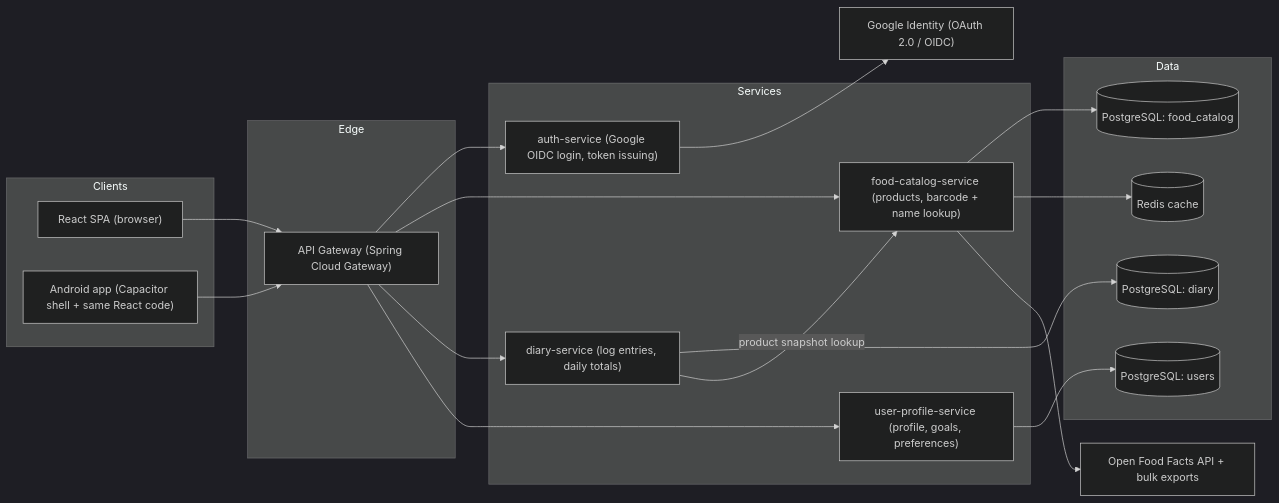
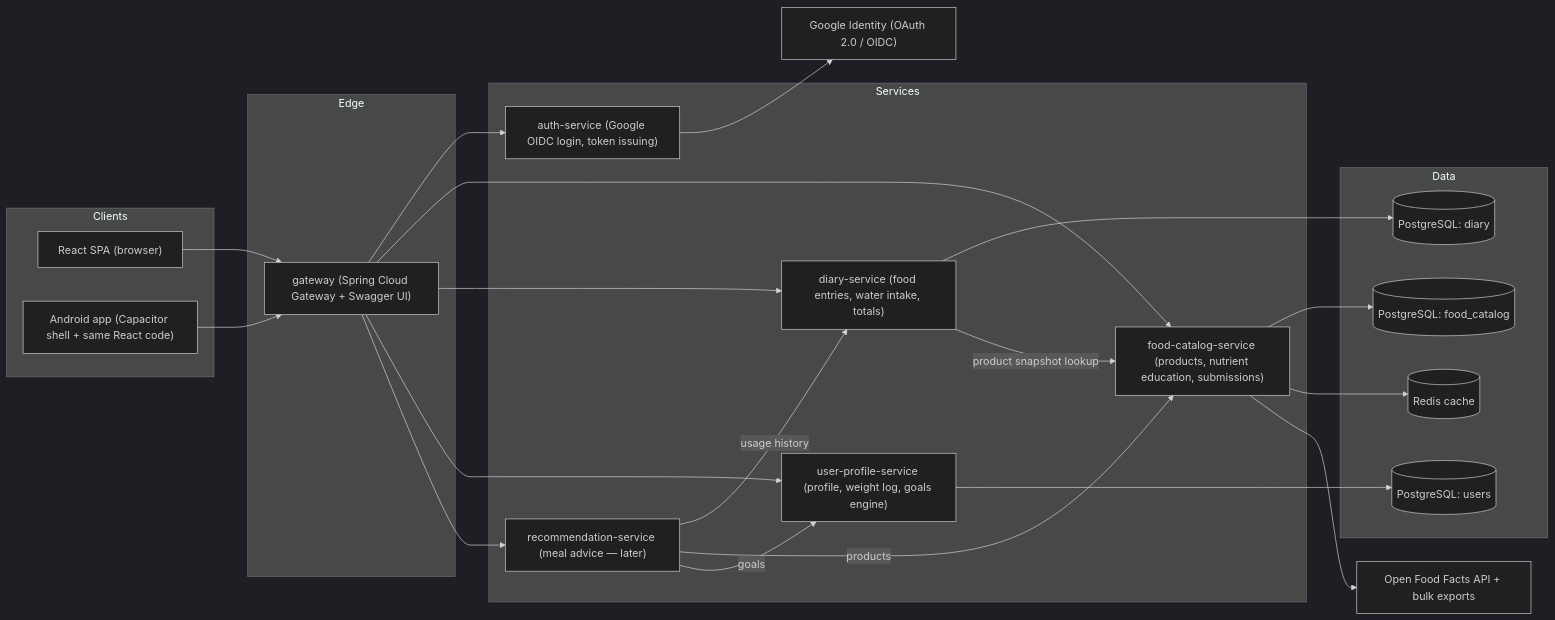
One commit to Alexpen97/calorieTracker changed the diagram in docs/calorie-tracker-architecture.md. Above: the diagram before and after it, drawn with Mermaid (dark theme). The commit also changed other lines of this file and 1 other file, not shown here.

Commit message:
Extend design doc: monorepo layout, Railway deployment, moderation, weight/water tracking, goals engine, recommendations, gateway Swagger

````diff
--- a/docs/calorie-tracker-architecture.md
+++ b/docs/calorie-tracker-architecture.md
@@ -57,42 +134,47 @@
 ```mermaid
 flowchart LR
     subgraph Clients
         WEB["React SPA (browser)"]
         AND["Android app (Capacitor shell + same React code)"]
     end
 
     subgraph Edge
-        GW["API Gateway (Spring Cloud Gateway)"]
+        GW["gateway (Spring Cloud Gateway + Swagger UI)"]
     end
 
     subgraph Services
         AUTH["auth-service (Google OIDC login, token issuing)"]
-        FOOD["food-catalog-service (products, barcode + name lookup)"]
-        DIARY["diary-service (log entries, daily totals)"]
-        USER["user-profile-service (profile, goals, preferences)"]
+        FOOD["food-catalog-service (products, nutrient education, submissions)"]
+        DIARY["diary-service (food entries, water intake, totals)"]
+        USER["user-profile-service (profile, weight log, goals engine)"]
+        RECO["recommendation-service (meal advice — later)"]
     end
 
     subgraph Data
         PG_FOOD[("PostgreSQL: food_catalog")]
         PG_DIARY[("PostgreSQL: diary")]
         PG_USER[("PostgreSQL: users")]
         REDIS[("Redis cache")]
     end
 
     OFF["Open Food Facts API + bulk exports"]
     GOOGLE["Google Identity (OAuth 2.0 / OIDC)"]
 
     WEB --> GW
     AND --> GW
     GW --> AUTH
     GW --> FOOD
     GW --> DIARY
     GW --> USER
+    GW --> RECO
     AUTH --> GOOGLE
     FOOD --> PG_FOOD
     FOOD --> REDIS
     FOOD --> OFF
     DIARY --> PG_DIARY
     DIARY -->|"product snapshot lookup"| FOOD
     USER --> PG_USER
+    RECO -->|"usage history"| DIARY
+    RECO -->|"products"| FOOD
+    RECO -->|"goals"| USER
 ```
````
